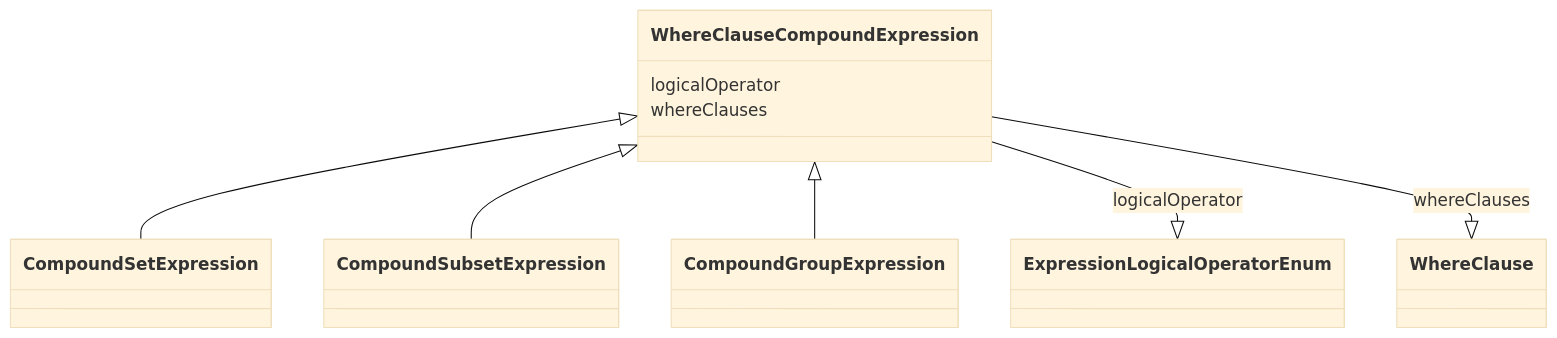
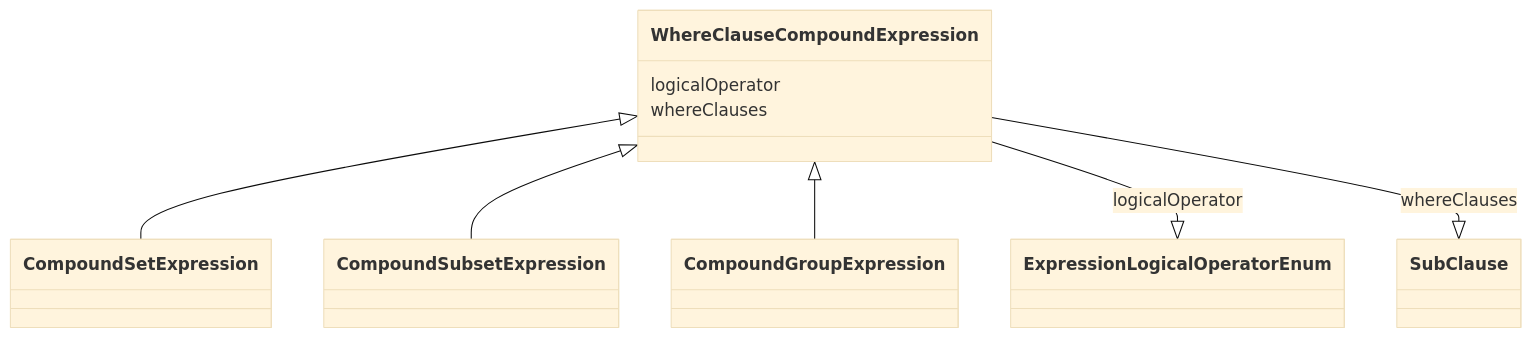
Before and after one commit to cdisc-org/analysis-results-standard: the diagram in project/docs/WhereClauseCompoundExpression.md, drawn with Mermaid (base theme). The commit also changed other lines of this file and 174 other files, not shown here.

````diff
--- a/project/docs/WhereClauseCompoundExpression.md
+++ b/project/docs/WhereClauseCompoundExpression.md
@@ -13,12 +13,12 @@
 ```mermaid
  classDiagram
     class WhereClauseCompoundExpression
       WhereClauseCompoundExpression <|-- CompoundSetExpression
       WhereClauseCompoundExpression <|-- CompoundSubsetExpression
       WhereClauseCompoundExpression <|-- CompoundGroupExpression
       WhereClauseCompoundExpression : logicalOperator        
         WhereClauseCompoundExpression --|> ExpressionLogicalOperatorEnum : logicalOperator
         WhereClauseCompoundExpression : whereClauses        
-        WhereClauseCompoundExpression --|> WhereClause : whereClauses
+        WhereClauseCompoundExpression --|> SubClause : whereClauses
         
 ```
````
